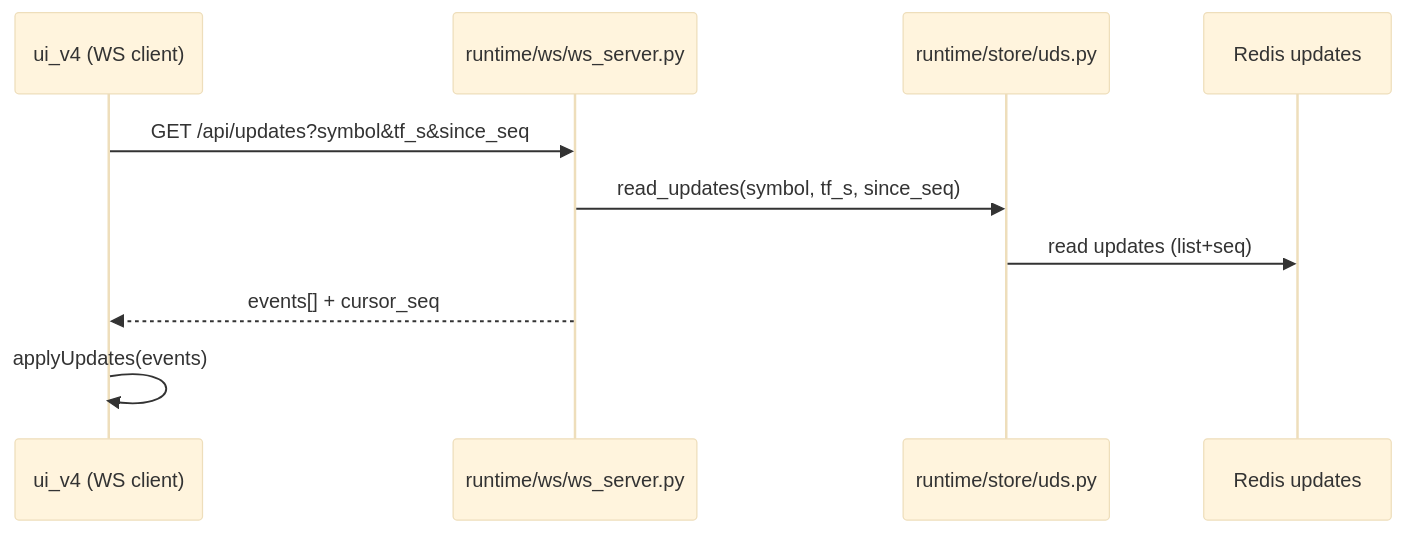
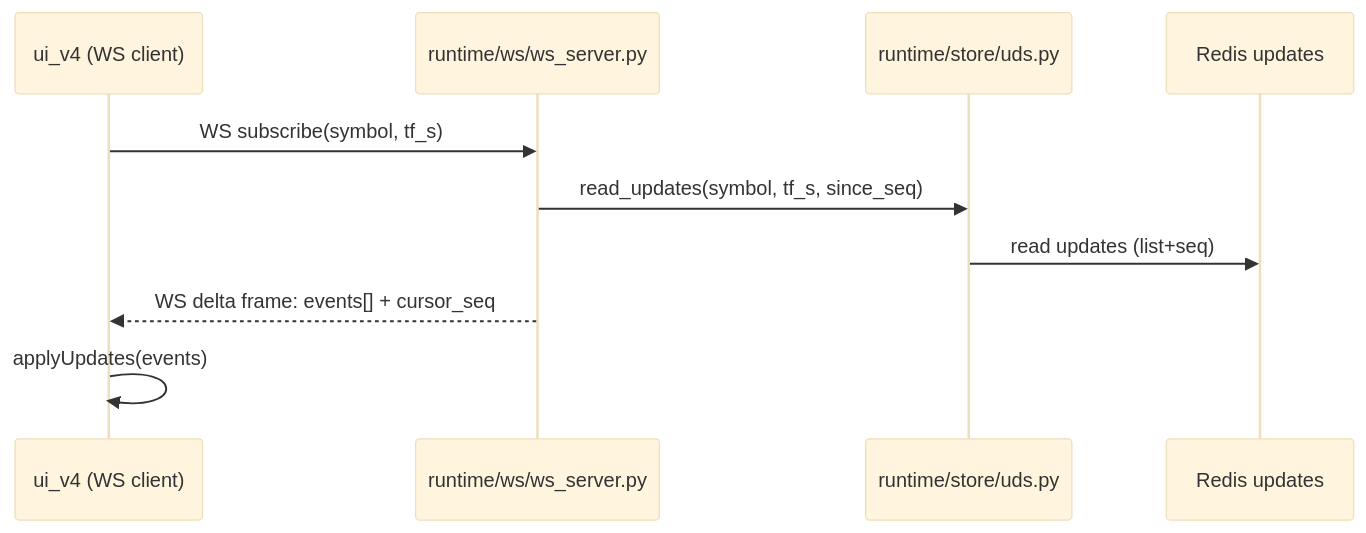
One commit to Std07-1/v3 changed diagram 11 of 13 in docs/system_current_overview.md. Above: the diagram before and after it, drawn with Mermaid (base theme). The commit also changed other lines of this file and 5 other files, not shown here.

````diff
--- a/docs/system_current_overview.md
+++ b/docs/system_current_overview.md
@@ -558,13 +557,13 @@
 ```mermaid
 sequenceDiagram
     participant UI as ui_v4 (WS client)
     participant API as runtime/ws/ws_server.py
     participant UDS as runtime/store/uds.py
     participant RU as Redis updates
 
-    UI->>API: GET /api/updates?symbol&tf_s&since_seq
+    UI->>API: WS subscribe(symbol, tf_s)
     API->>UDS: read_updates(symbol, tf_s, since_seq)
     UDS->>RU: read updates (list+seq)
-    API-->>UI: events[] + cursor_seq
+    API-->>UI: WS delta frame: events[] + cursor_seq
     UI->>UI: applyUpdates(events)
 ```
````
